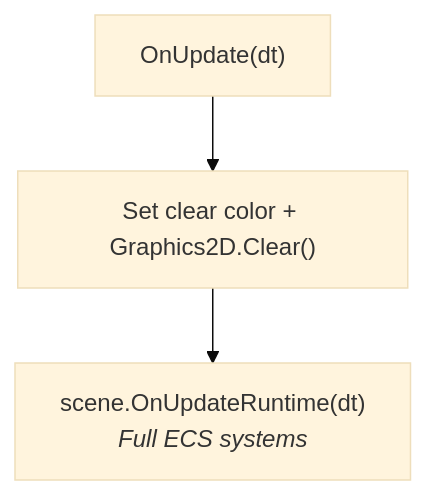
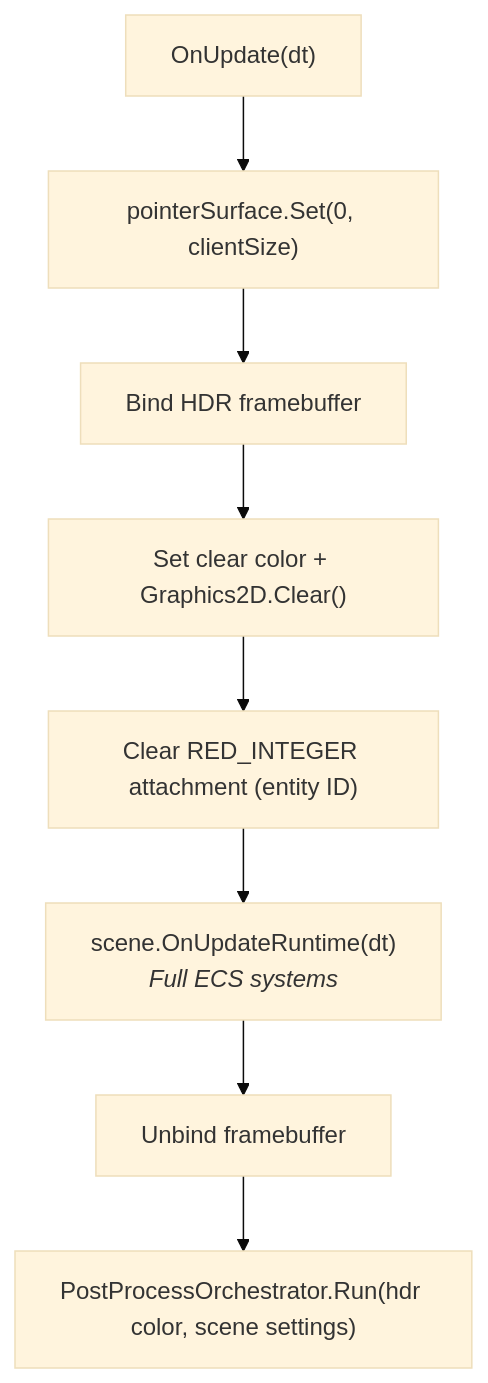
The fifth of 6 diagrams in docs/architecture/game-loop.md (kateusz/GameEngine), drawn with Mermaid (base theme) before and after one commit. The commit also changed other lines of this file and 31 other files, not shown here.

````diff
--- a/docs/architecture/game-loop.md
+++ b/docs/architecture/game-loop.md
@@ -200,5 +202,10 @@
 ```mermaid
 graph TD
-    A["OnUpdate(dt)"] --> B["Set clear color + Graphics2D.Clear()"]
-    B --> C["scene.OnUpdateRuntime(dt)<br/><i>Full ECS systems</i>"]
+    A["OnUpdate(dt)"] --> B["pointerSurface.Set(0, clientSize)"]
+    B --> C["Bind HDR framebuffer"]
+    C --> D["Set clear color + Graphics2D.Clear()"]
+    D --> E["Clear RED_INTEGER attachment (entity ID)"]
+    E --> F["scene.OnUpdateRuntime(dt)<br/><i>Full ECS systems</i>"]
+    F --> G["Unbind framebuffer"]
+    G --> H["PostProcessOrchestrator.Run(hdr color, scene settings)"]
 ```
````
